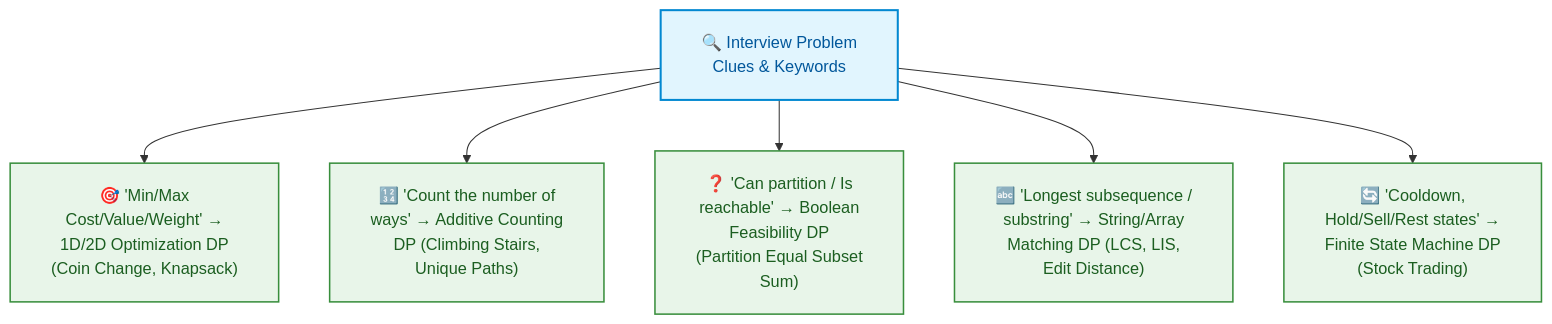
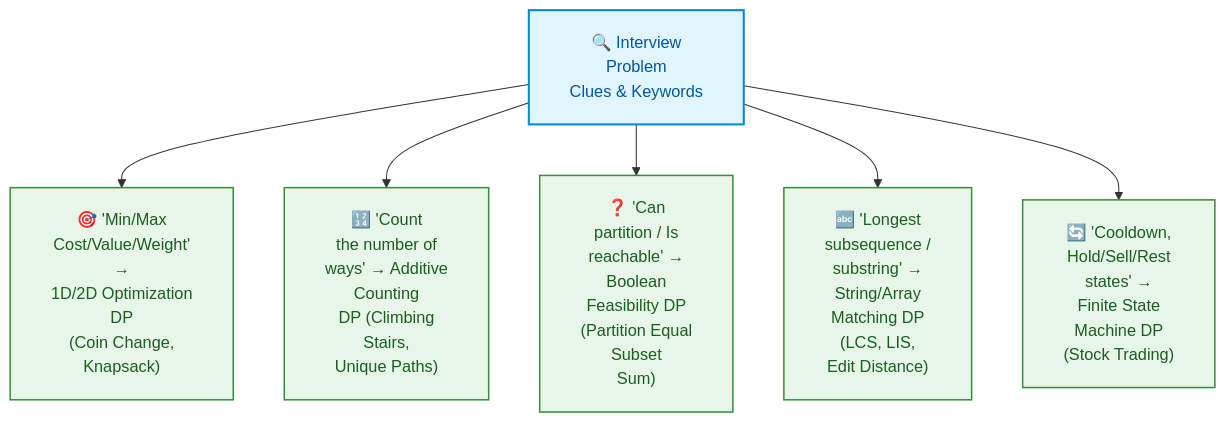
One commit to dip4k/DSA_102 changed the fifth of 6 diagrams in week_10_dynamic_programming_i_fundamentals/Week_10_Visual_Concepts_Playbook_HYBRID.md. Above: the diagram before and after it, drawn with Mermaid. The commit also changed other lines of this file and 106 other files, not shown here.

First line of the commit message:
fix(mermaid): prevent text clipping with foreignObject overflow and tighter line wrapping

````diff
--- a/week_10_dynamic_programming_i_fundamentals/Week_10_Visual_Concepts_Playbook_HYBRID.md
+++ b/week_10_dynamic_programming_i_fundamentals/Week_10_Visual_Concepts_Playbook_HYBRID.md
@@ -486,13 +486,13 @@
 ```mermaid
-%%{init: {"flowchart": {"htmlLabels": true, "padding": 20}}}%%
+%%{init: {"flowchart": {"htmlLabels": true, "padding": 20}, "themeCSS": "foreignObject { overflow: visible !important; }"}}%%
 flowchart TD
     classDef key fill:#e1f5fe,stroke:#0288d1,color:#01579b,stroke-width:2px;
     classDef pat fill:#e8f5e9,stroke:#388e3c,color:#1b5e20,stroke-width:1.5px;
 
-    K["🔍 Interview Problem<br/>Clues & Keywords"]:::key
-    K --> P1["🎯 'Min/Max<br/>Cost/Value/Weight' →<br/>1D/2D Optimization DP<br/>(Coin Change, Knapsack)"]:::pat
-    K --> P2["🔢 'Count the number of<br/>ways' → Additive Counting<br/>DP (Climbing Stairs,<br/>Unique Paths)"]:::pat
-    K --> P3["❓ 'Can partition / Is<br/>reachable' → Boolean<br/>Feasibility DP<br/>(Partition Equal Subset<br/>Sum)"]:::pat
-    K --> P4["🔤 'Longest subsequence /<br/>substring' → String/Array<br/>Matching DP (LCS, LIS,<br/>Edit Distance)"]:::pat
-    K --> P5["🔄 'Cooldown,<br/>Hold/Sell/Rest states' →<br/>Finite State Machine DP<br/>(Stock Trading)"]:::pat
+    K["🔍 Interview<br/>Problem<br/>Clues & Keywords"]:::key
+    K --> P1["🎯 'Min/Max<br/>Cost/Value/Weight'<br/>→<br/>1D/2D Optimization<br/>DP<br/>(Coin Change,<br/>Knapsack)"]:::pat
+    K --> P2["🔢 'Count<br/>the number of<br/>ways' → Additive<br/>Counting<br/>DP (Climbing<br/>Stairs,<br/>Unique Paths)"]:::pat
+    K --> P3["❓ 'Can<br/>partition / Is<br/>reachable' →<br/>Boolean<br/>Feasibility DP<br/>(Partition Equal<br/>Subset<br/>Sum)"]:::pat
+    K --> P4["🔤 'Longest<br/>subsequence /<br/>substring' →<br/>String/Array<br/>Matching DP<br/>(LCS, LIS,<br/>Edit Distance)"]:::pat
+    K --> P5["🔄 'Cooldown,<br/>Hold/Sell/Rest<br/>states' →<br/>Finite State<br/>Machine DP<br/>(Stock Trading)"]:::pat
 ```
````
